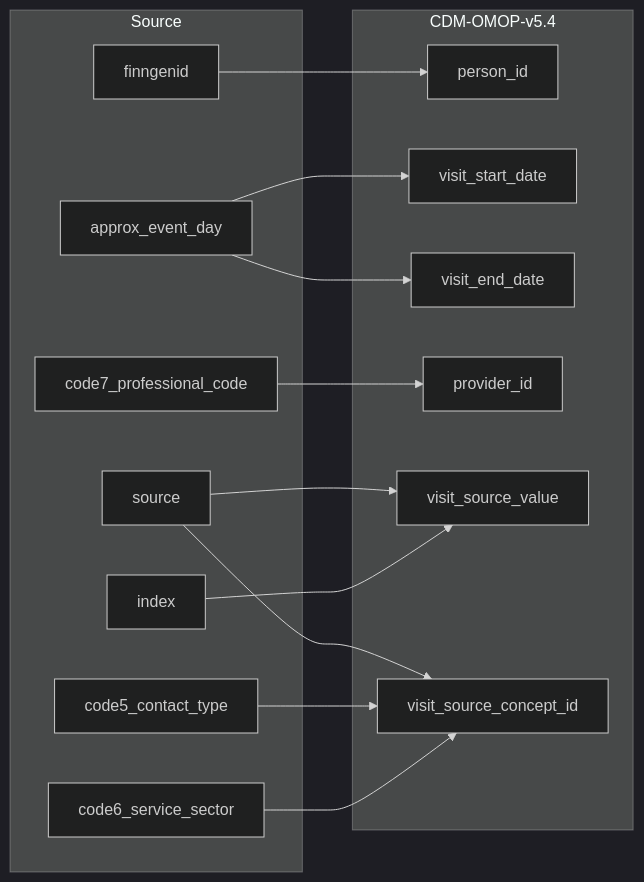
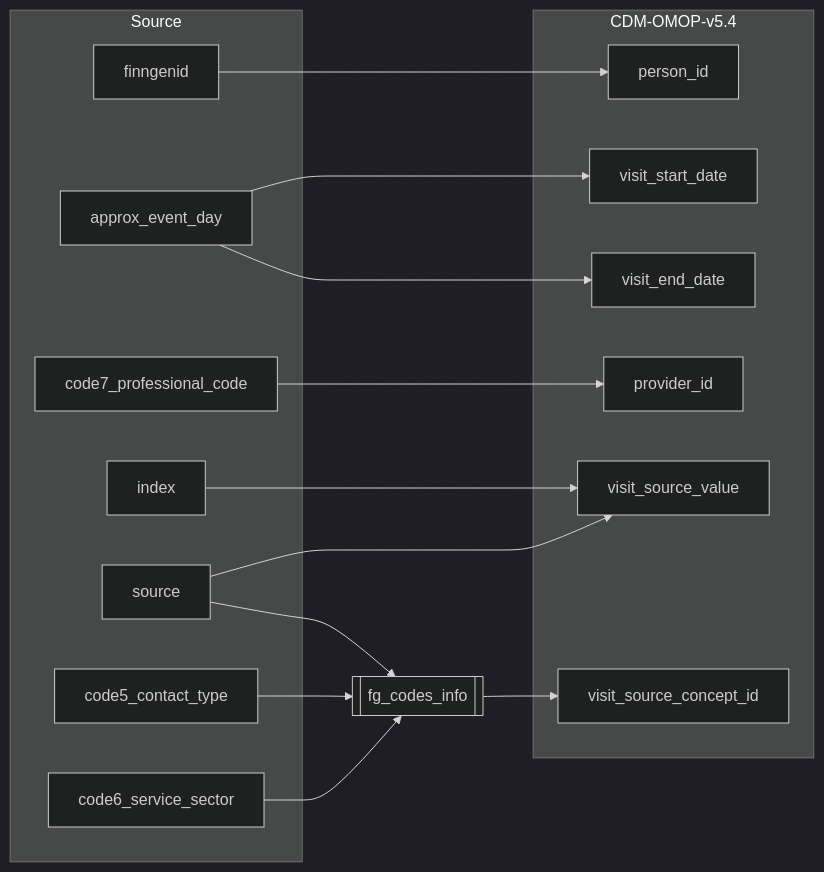
Before and after one commit to FINNGEN/ETL: the third of 6 diagrams in 2_etl_specifications/documentation/visit_occurrence.md, drawn with Mermaid (dark theme). The commit also changed other lines of this file and 10 other files, not shown here.

````diff
--- a/2_etl_specifications/documentation/visit_occurrence.md
+++ b/2_etl_specifications/documentation/visit_occurrence.md
@@ -121,31 +121,38 @@
 ```mermaid
 flowchart LR
     subgraph Source
         finngenid
         source
         approx_event_day
         code5_contact_type
         code6_service_sector
         code7_professional_code
         index
     end
 
+    fg_codes_info[[fg_codes_info]]
+
     subgraph CDM-OMOP-v5.4
         person_id
         visit_start_date
         visit_end_date
         provider_id
         visit_source_value
         visit_source_concept_id
     end
 
     finngenid-->person_id
+    index-->visit_source_value
     source-->visit_source_value
-    source-->visit_source_concept_id
     approx_event_day-->visit_start_date
     approx_event_day-->visit_end_date
-    index-->visit_source_value
     code7_professional_code-->provider_id
-    code5_contact_type-->visit_source_concept_id
-    code6_service_sector-->visit_source_concept_id
+    
+    source-->fg_codes_info
+    code5_contact_type-->fg_codes_info
+    code6_service_sector-->fg_codes_info
+
+    fg_codes_info-->visit_source_concept_id
+    
+    
 ```
````
